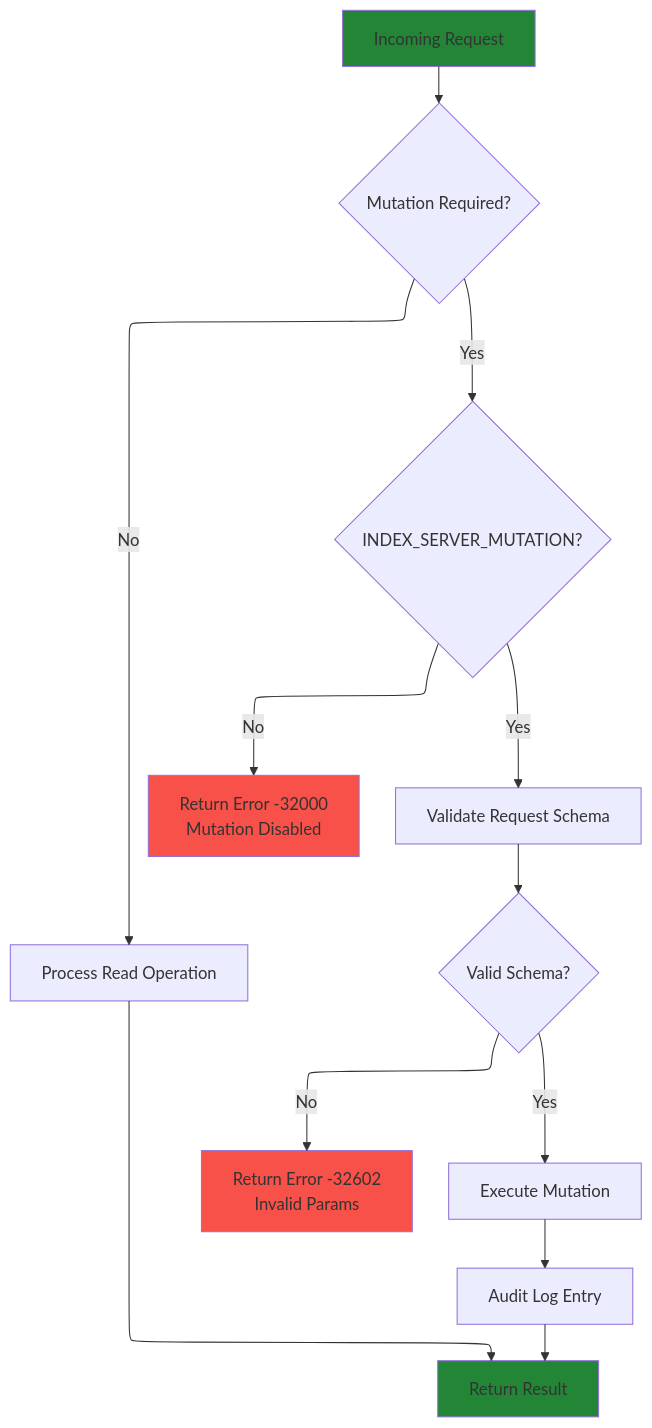
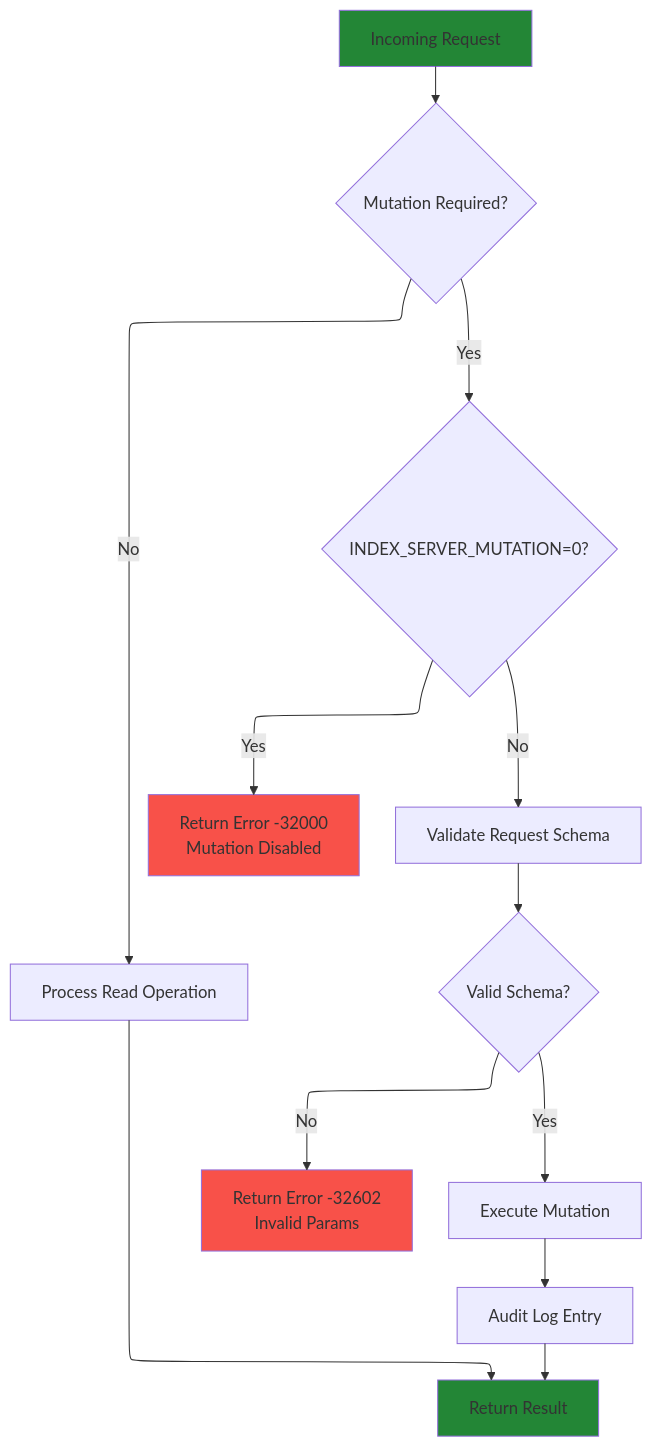
Before and after one commit to jagilber-org/index-server: the third of 5 diagrams in docs/tools.md, drawn with Mermaid. The commit also changed other lines of this file and 369 other files, not shown here.

````diff
--- a/docs/tools.md
+++ b/docs/tools.md
@@ -149,23 +149,23 @@
 ```mermaid
 ---
 config:
     layout: elk
 ---
 graph TD
     A[Incoming Request] --> B{Mutation Required?}
     B -->|No| C[Process Read Operation]
-    B -->|Yes| D{INDEX_SERVER_MUTATION?}
-    D -->|No| E[Return Error -32000<br/>Mutation Disabled]
-    D -->|Yes| F[Validate Request Schema]
+    B -->|Yes| D{INDEX_SERVER_MUTATION=0?}
+    D -->|Yes| E[Return Error -32000<br/>Mutation Disabled]
+    D -->|No| F[Validate Request Schema]
     F --> G{Valid Schema?}
     G -->|No| H[Return Error -32602<br/>Invalid Params]
     G -->|Yes| I[Execute Mutation]
     I --> J[Audit Log Entry]
     C --> K[Return Result]
     J --> K
     
     style E fill:#f85149
     style H fill:#f85149
     style A fill:#238636
     style K fill:#238636
 ```
````
